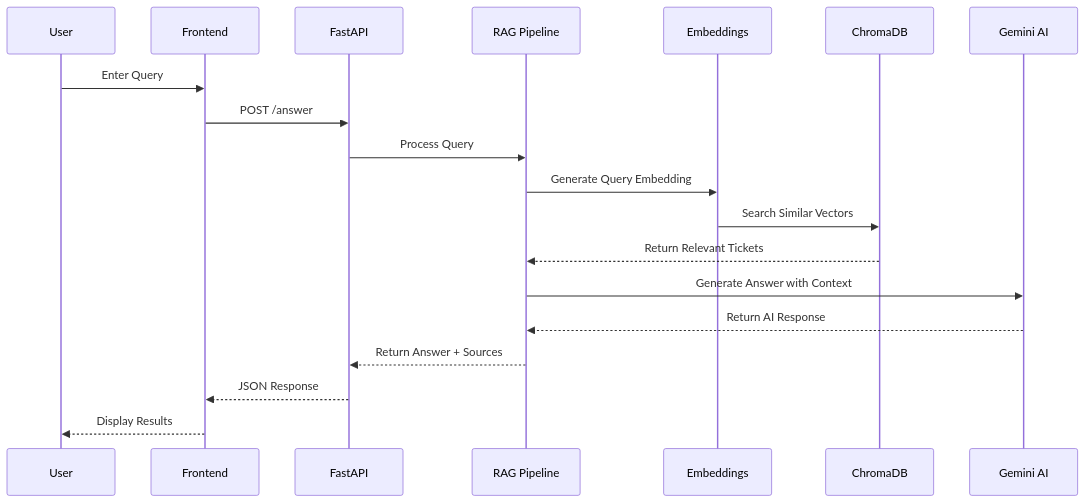
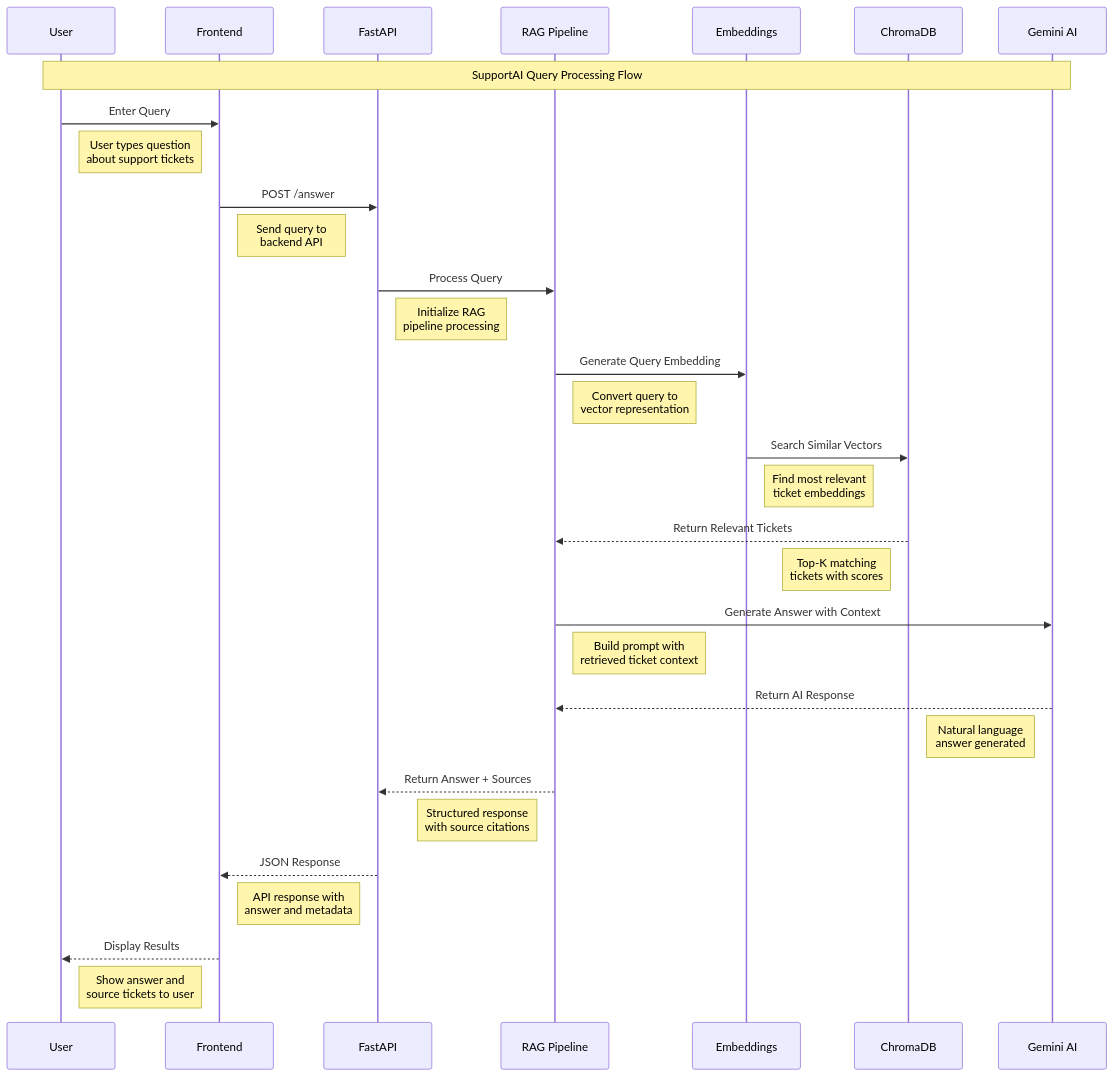
The second of 11 diagrams in docs/architecture.md (Mrnidhi/Customer-Support-assistant), drawn with Mermaid before and after one commit. The commit also changed other lines of this file and 1 other file, not shown here.

Commit message:
Improve Mermaid diagram colors and visibility with better contrast

````diff
--- a/docs/architecture.md
+++ b/docs/architecture.md
@@ -50,22 +62,45 @@
 ```mermaid
 sequenceDiagram
     participant U as User
     participant F as Frontend
     participant A as FastAPI
     participant R as RAG Pipeline
     participant E as Embeddings
     participant C as ChromaDB
     participant G as Gemini AI
     
+    Note over U,G: SupportAI Query Processing Flow
+    
     U->>F: Enter Query
+    Note right of U: User types question<br/>about support tickets
+    
     F->>A: POST /answer
+    Note right of F: Send query to<br/>backend API
+    
     A->>R: Process Query
+    Note right of A: Initialize RAG<br/>pipeline processing
+    
     R->>E: Generate Query Embedding
+    Note right of R: Convert query to<br/>vector representation
+    
     E->>C: Search Similar Vectors
+    Note right of E: Find most relevant<br/>ticket embeddings
+    
     C-->>R: Return Relevant Tickets
+    Note left of C: Top-K matching<br/>tickets with scores
+    
     R->>G: Generate Answer with Context
+    Note right of R: Build prompt with<br/>retrieved ticket context
+    
     G-->>R: Return AI Response
+    Note left of G: Natural language<br/>answer generated
+    
     R-->>A: Return Answer + Sources
+    Note left of R: Structured response<br/>with source citations
+    
     A-->>F: JSON Response
+    Note left of A: API response with<br/>answer and metadata
+    
     F-->>U: Display Results
+    Note left of F: Show answer and<br/>source tickets to user
 ```
````
